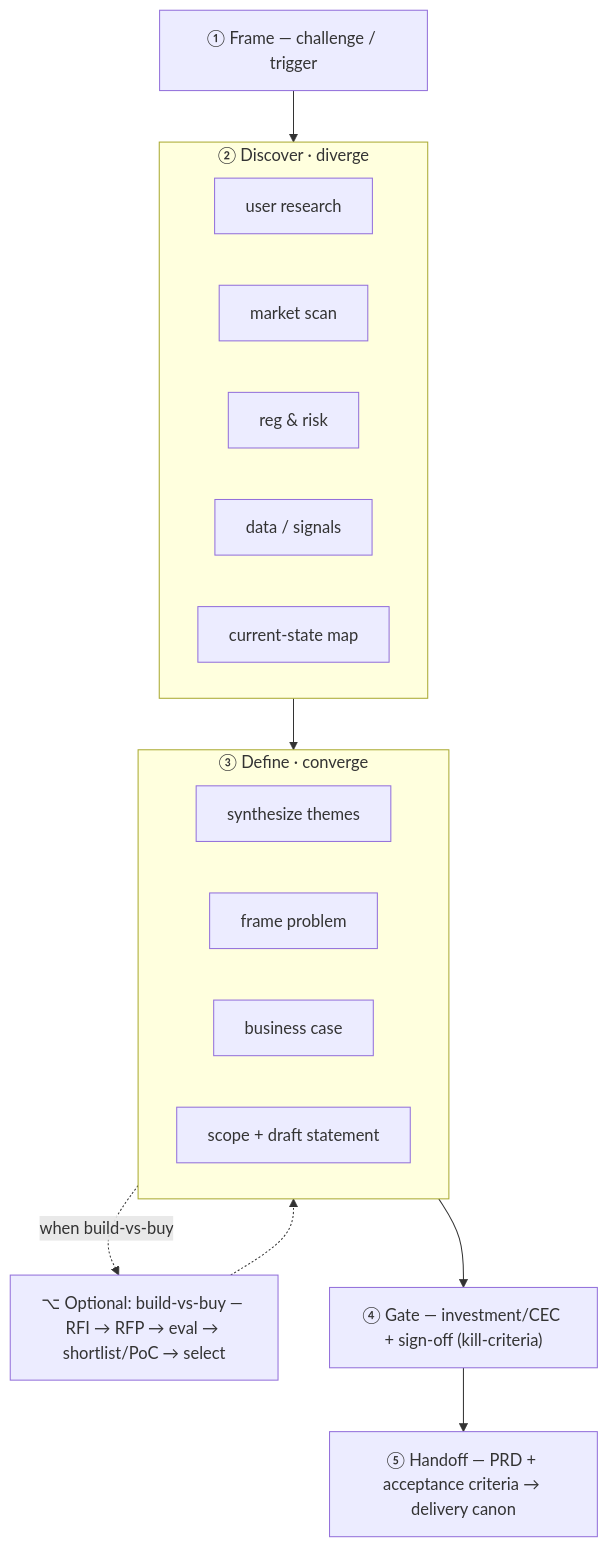
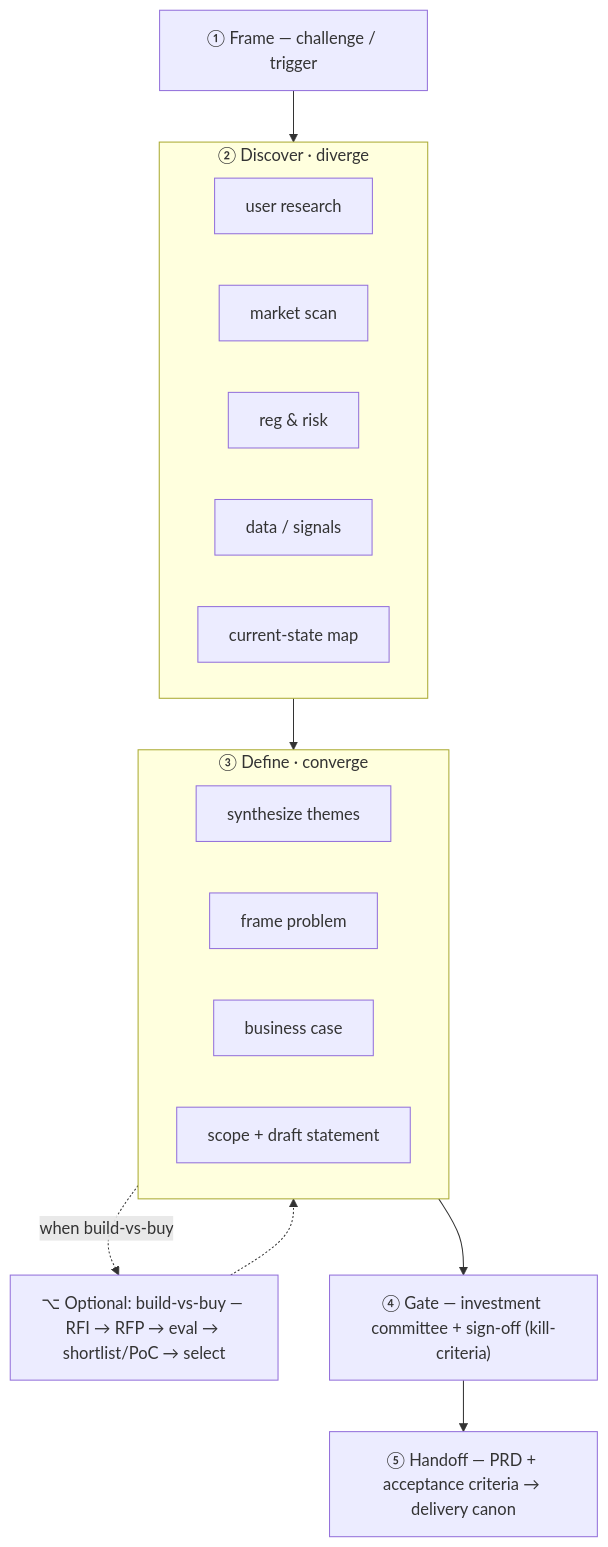
One commit to openfinance-os/ofbo changed the fourth of 5 diagrams in docs/architecture-overview.md. Above: the diagram before and after it, drawn with Mermaid. The commit also changed other lines of this file and 19 other files, not shown here.

````diff
--- a/docs/architecture-overview.md
+++ b/docs/architecture-overview.md
@@ -164,18 +164,18 @@
 ```mermaid
 flowchart TB
     F["① Frame — challenge / trigger"]
     subgraph Discover["② Discover · diverge"]
       direction LR
       r1["user research"]; r2["market scan"]; r3["reg & risk"]; r4["data / signals"]; r5["current-state map"]
     end
     subgraph Define["③ Define · converge"]
       direction LR
       d1["synthesize themes"]; d2["frame problem"]; d3["business case"]; d4["scope + draft statement"]
     end
     RFP["⌥ Optional: build-vs-buy — RFI → RFP → eval → shortlist/PoC → select"]
-    G["④ Gate — investment/CEC + sign-off (kill-criteria)"]
+    G["④ Gate — investment committee + sign-off (kill-criteria)"]
     H["⑤ Handoff — PRD + acceptance criteria → delivery canon"]
     F --> Discover --> Define
     Define -. "when build-vs-buy" .-> RFP -.-> Define
     Define --> G --> H
 ```
````
